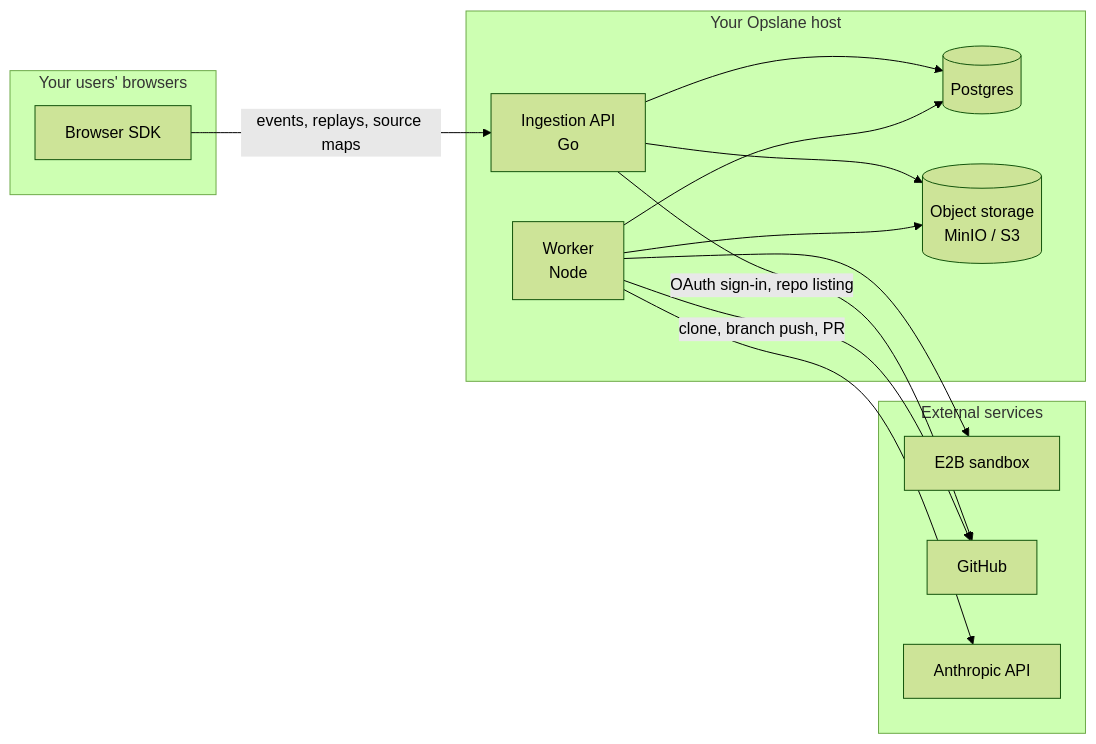
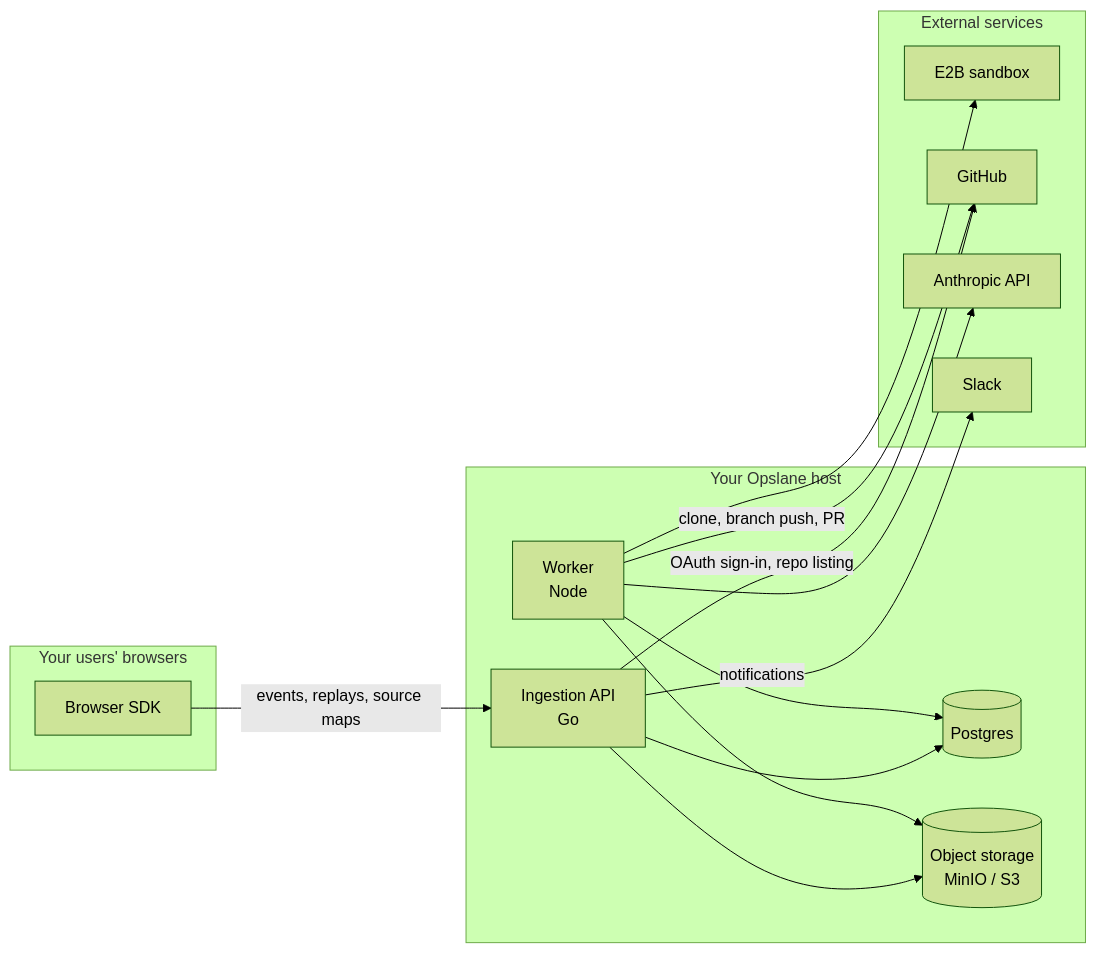
One commit to opslane/opslane-oss changed the diagram in docs/architecture/overview.md. Above: the diagram before and after it, drawn with Mermaid (forest theme). The commit also changed other lines of this file and 2 other files, not shown here.

````diff
--- a/docs/architecture/overview.md
+++ b/docs/architecture/overview.md
@@ -12,26 +12,28 @@
 ```mermaid
 flowchart LR
     subgraph browser [Your users' browsers]
         SDK[Browser SDK]
     end
     subgraph host [Your Opslane host]
         ING[Ingestion API<br/>Go]
         PG[(Postgres)]
         S3[(Object storage<br/>MinIO / S3)]
         WRK[Worker<br/>Node]
     end
     subgraph external [External services]
         E2B[E2B sandbox]
         GH[GitHub]
         ANT[Anthropic API]
+        SLACK[Slack]
     end
     SDK -->|events, replays, source maps| ING
     ING --> PG
     ING --> S3
     ING -->|OAuth sign-in, repo listing| GH
+    ING -->|notifications| SLACK
     WRK --> PG
     WRK --> S3
     WRK --> E2B
     WRK -->|clone, branch push, PR| GH
     WRK --> ANT
 ```
````
